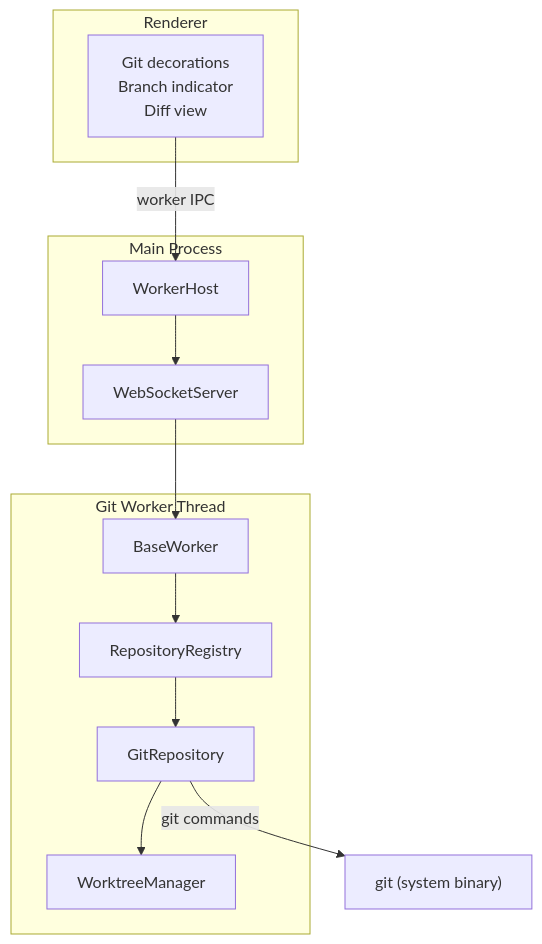
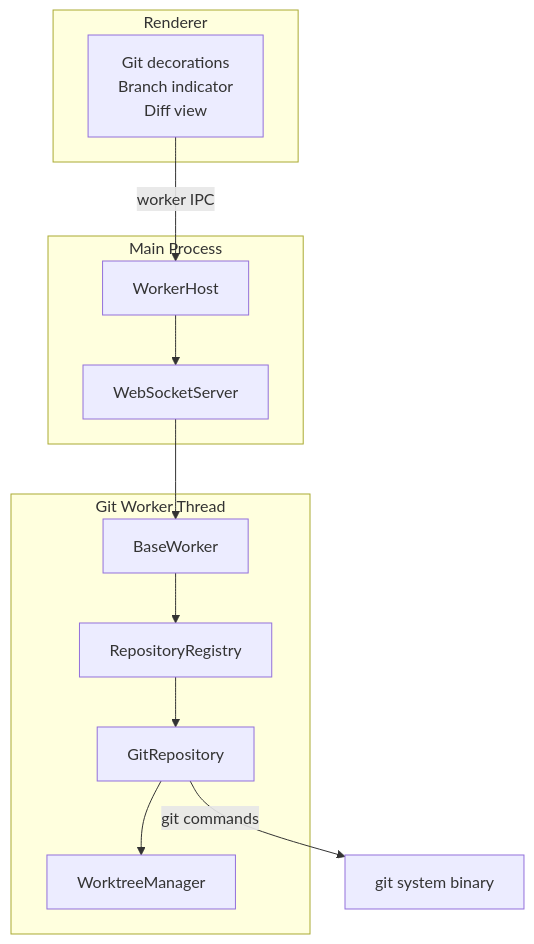
Before and after one commit to ChrisFeldmeier/codex-research: the first of 2 diagrams in 13-git-subsystem.md, drawn with Mermaid. The commit also changed 14 other files, not shown here.

Commit message:
Refactor mermaid diagrams to flowchart syntax and enhance label descriptions across multiple documentation files

````diff
--- a/13-git-subsystem.md
+++ b/13-git-subsystem.md
@@ -9,26 +9,26 @@
 ```mermaid
-graph TD
+flowchart TD
     subgraph "Renderer"
         GIT_UI["Git decorations<br/>Branch indicator<br/>Diff view"]
     end
 
     subgraph "Main Process"
         WH["WorkerHost"]
         WSS["WebSocketServer"]
     end
 
     subgraph "Git Worker Thread"
         WORKER["BaseWorker"]
         REGISTRY["RepositoryRegistry"]
         REPO["GitRepository"]
         WT["WorktreeManager"]
     end
 
     GIT_UI -->|"worker IPC"| WH
     WH --> WSS
     WSS --> WORKER
     WORKER --> REGISTRY
     REGISTRY --> REPO
     REPO --> WT
-    REPO -->|"git commands"| GIT_EXEC["git (system binary)"]
+    REPO -->|"git commands"| GIT_EXEC["git system binary"]
 ```
````
